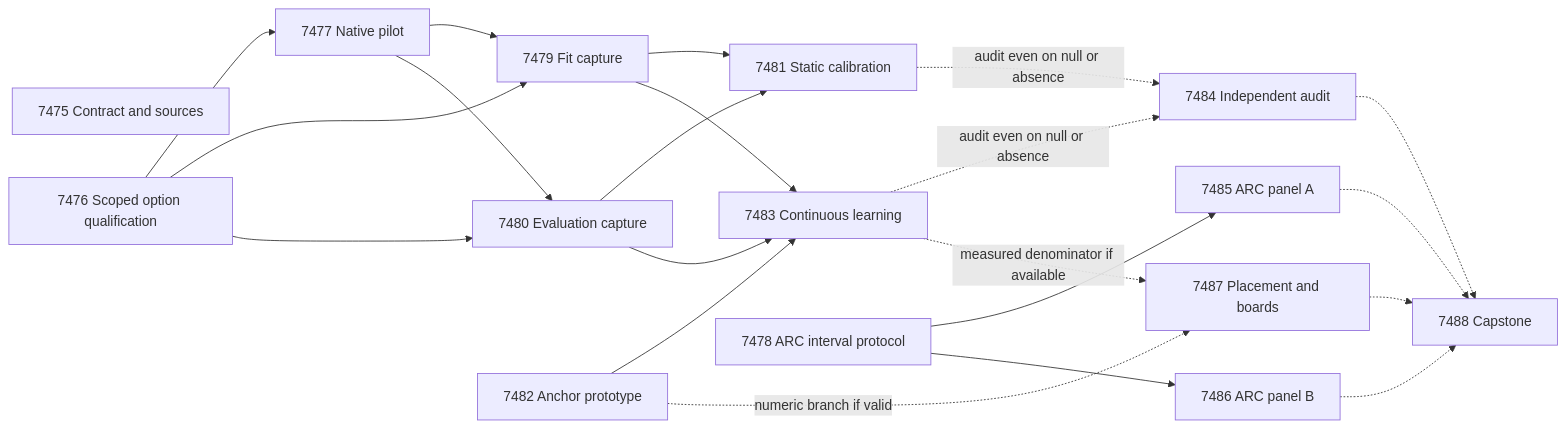
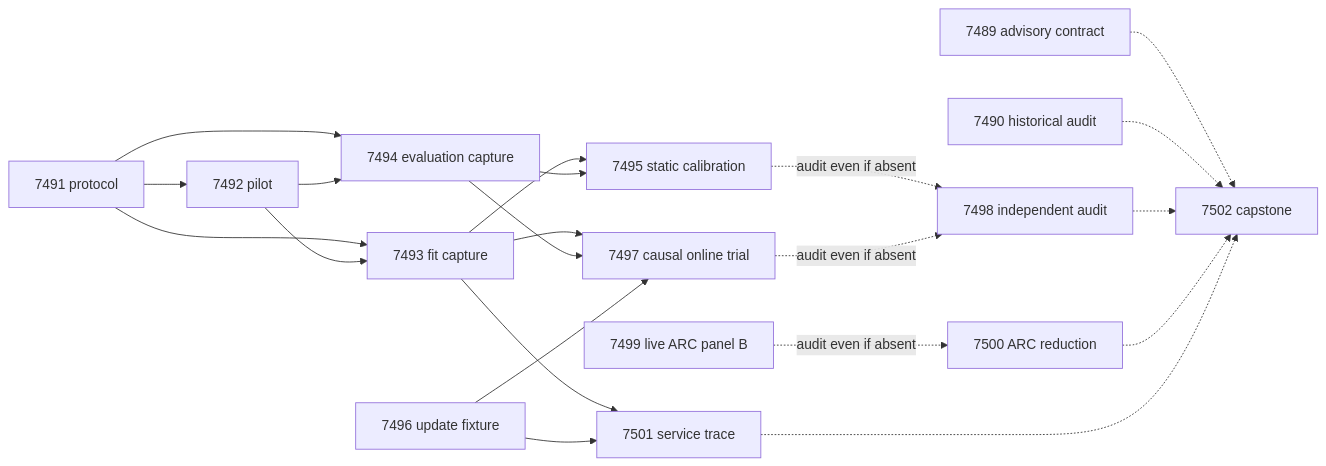
The second of 2 diagrams in openspec/change-proposals/research-roadmap-vNEXT.md (Carnot-EBM/carnot-ebm), drawn with Mermaid before and after one commit. The commit also changed other lines of this file and 13 other files, not shown here.

````diff
--- a/openspec/change-proposals/research-roadmap-vNEXT.md
+++ b/openspec/change-proposals/research-roadmap-vNEXT.md
@@ -430,24 +412,23 @@
 ```mermaid
 flowchart LR
-    e7475[7475 Contract and sources]
-    e7476[7476 Scoped option qualification] --> e7477[7477 Native pilot]
-    e7476 --> e7479[7479 Fit capture]
-    e7476 --> e7480[7480 Evaluation capture]
-    e7477 --> e7479
-    e7477 --> e7480
-    e7479 --> e7481[7481 Static calibration]
-    e7480 --> e7481
-    e7479 --> e7483[7483 Continuous learning]
-    e7480 --> e7483
-    e7482[7482 Anchor prototype] --> e7483
-    e7481 -. audit even on null or absence .-> e7484[7484 Independent audit]
-    e7483 -. audit even on null or absence .-> e7484
-    e7478[7478 ARC interval protocol] --> e7485[7485 ARC panel A]
-    e7478 --> e7486[7486 ARC panel B]
-    e7482 -. numeric branch if valid .-> e7487[7487 Placement and boards]
-    e7483 -. measured denominator if available .-> e7487
-    e7484 -.-> e7488[7488 Capstone]
-    e7485 -.-> e7488
-    e7486 -.-> e7488
-    e7487 -.-> e7488
+    E7491[7491 protocol] --> E7492[7492 pilot]
+    E7491 --> E7493[7493 fit capture]
+    E7491 --> E7494[7494 evaluation capture]
+    E7492 --> E7493
+    E7492 --> E7494
+    E7493 --> E7495[7495 static calibration]
+    E7494 --> E7495
+    E7493 --> E7497[7497 causal online trial]
+    E7494 --> E7497
+    E7496[7496 update fixture] --> E7497
+    E7493 --> E7501[7501 service trace]
+    E7496 --> E7501
+    E7495 -. audit even if absent .-> E7498[7498 independent audit]
+    E7497 -. audit even if absent .-> E7498
+    E7499[7499 live ARC panel B] -. audit even if absent .-> E7500[7500 ARC reduction]
+    E7489[7489 advisory contract] -.-> E7502[7502 capstone]
+    E7490[7490 historical audit] -.-> E7502
+    E7498 -.-> E7502
+    E7500 -.-> E7502
+    E7501 -.-> E7502
 ```
````
